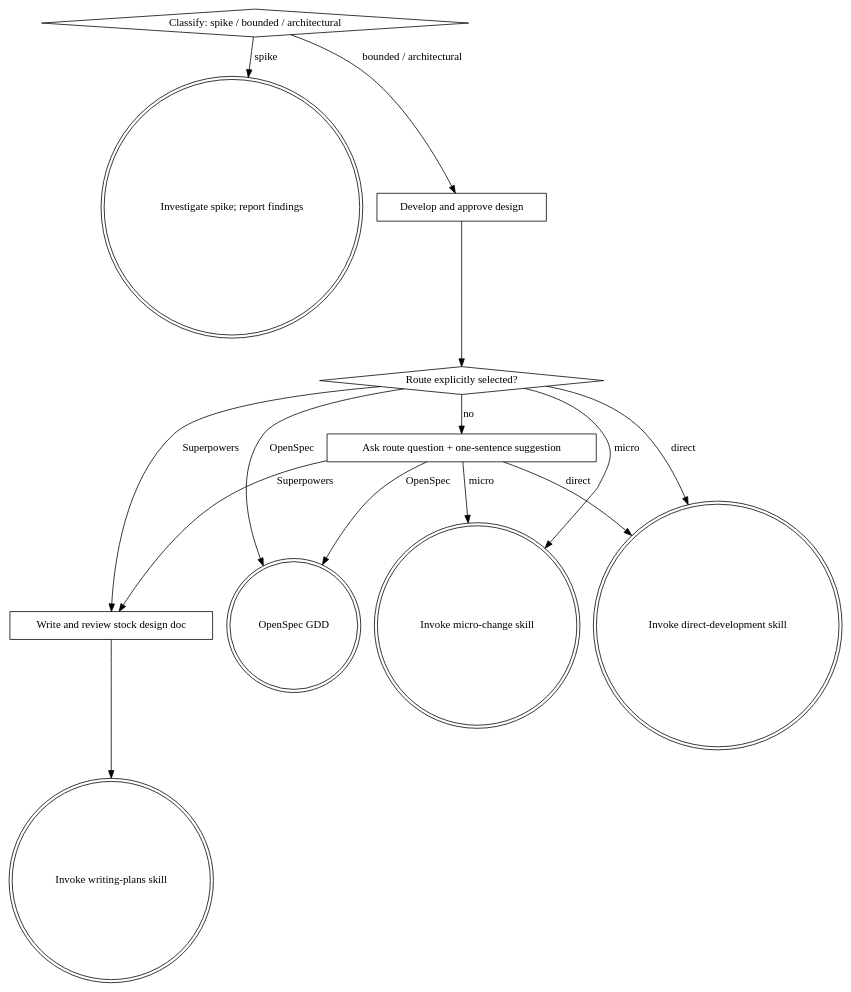
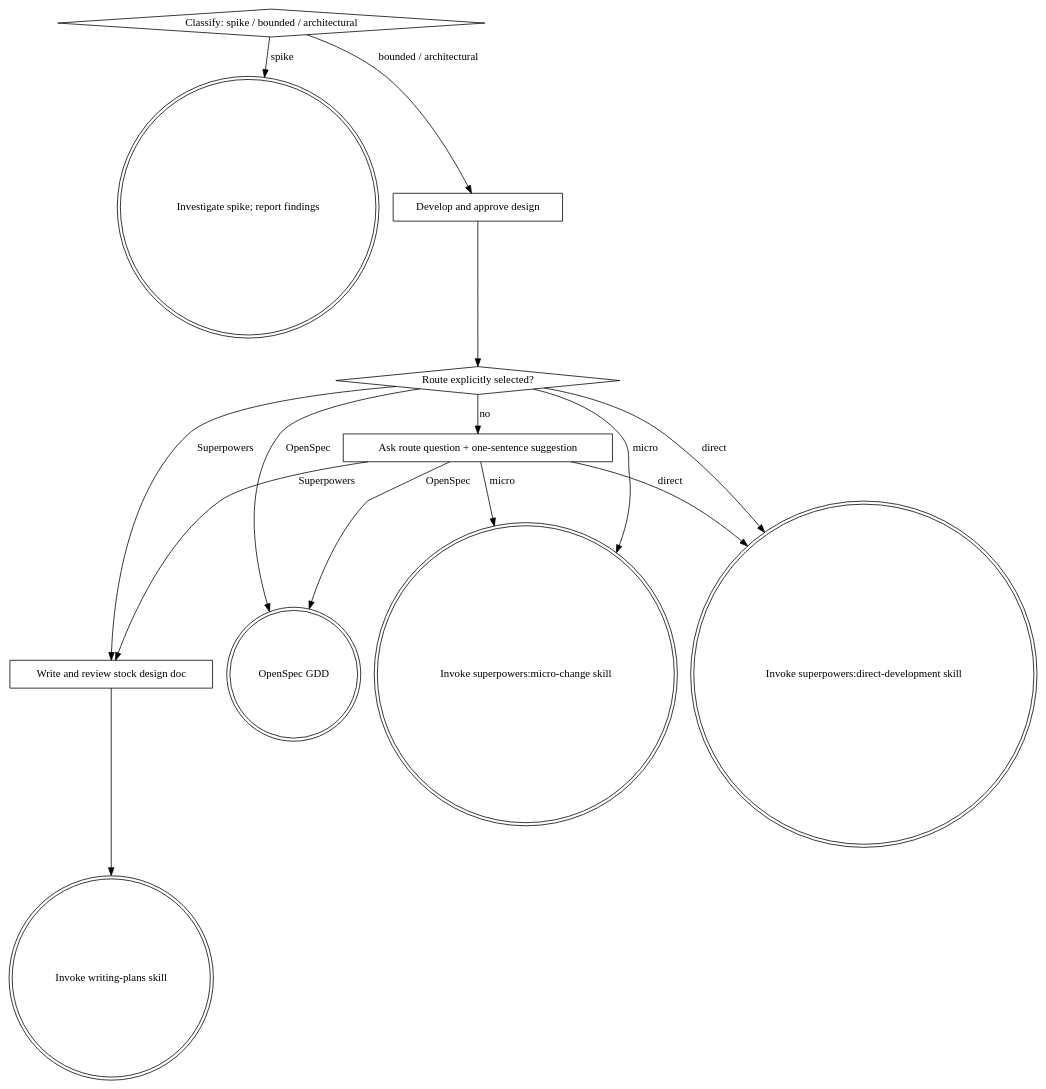
One commit to bmurgic/superpowers changed the diagram in skills/brainstorming/SKILL.md. Above: the diagram before and after it, drawn with Graphviz. The commit also changed other lines of this file and 3 other files, not shown here.

````diff
--- a/skills/brainstorming/SKILL.md
+++ b/skills/brainstorming/SKILL.md
@@ -162,28 +162,28 @@
 ```dot
 digraph brainstorming {
     "Classify: spike / bounded / architectural" [shape=diamond];
     "Investigate spike; report findings" [shape=doublecircle];
     "Develop and approve design" [shape=box];
     "Route explicitly selected?" [shape=diamond];
     "Ask route question + one-sentence suggestion" [shape=box];
     "OpenSpec GDD" [shape=doublecircle];
     "Write and review stock design doc" [shape=box];
     "Invoke writing-plans skill" [shape=doublecircle];
-    "Invoke direct-development skill" [shape=doublecircle];
-    "Invoke micro-change skill" [shape=doublecircle];
+    "Invoke superpowers:direct-development skill" [shape=doublecircle];
+    "Invoke superpowers:micro-change skill" [shape=doublecircle];
 
     "Classify: spike / bounded / architectural" -> "Investigate spike; report findings" [label="spike"];
     "Classify: spike / bounded / architectural" -> "Develop and approve design" [label="bounded / architectural"];
     "Develop and approve design" -> "Route explicitly selected?";
     "Route explicitly selected?" -> "Ask route question + one-sentence suggestion" [label="no"];
     "Route explicitly selected?" -> "OpenSpec GDD" [label="OpenSpec"];
     "Route explicitly selected?" -> "Write and review stock design doc" [label="Superpowers"];
-    "Route explicitly selected?" -> "Invoke direct-development skill" [label="direct"];
-    "Route explicitly selected?" -> "Invoke micro-change skill" [label="micro"];
+    "Route explicitly selected?" -> "Invoke superpowers:direct-development skill" [label="direct"];
+    "Route explicitly selected?" -> "Invoke superpowers:micro-change skill" [label="micro"];
     "Ask route question + one-sentence suggestion" -> "OpenSpec GDD" [label="OpenSpec"];
     "Ask route question + one-sentence suggestion" -> "Write and review stock design doc" [label="Superpowers"];
-    "Ask route question + one-sentence suggestion" -> "Invoke direct-development skill" [label="direct"];
-    "Ask route question + one-sentence suggestion" -> "Invoke micro-change skill" [label="micro"];
+    "Ask route question + one-sentence suggestion" -> "Invoke superpowers:direct-development skill" [label="direct"];
+    "Ask route question + one-sentence suggestion" -> "Invoke superpowers:micro-change skill" [label="micro"];
     "Write and review stock design doc" -> "Invoke writing-plans skill";
 }
 ```
````
